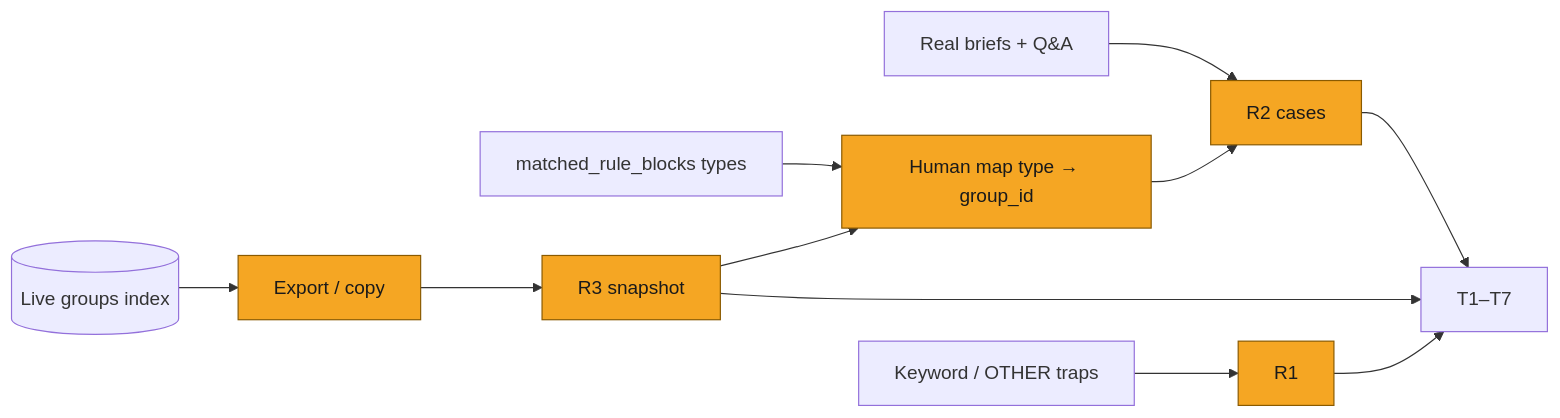
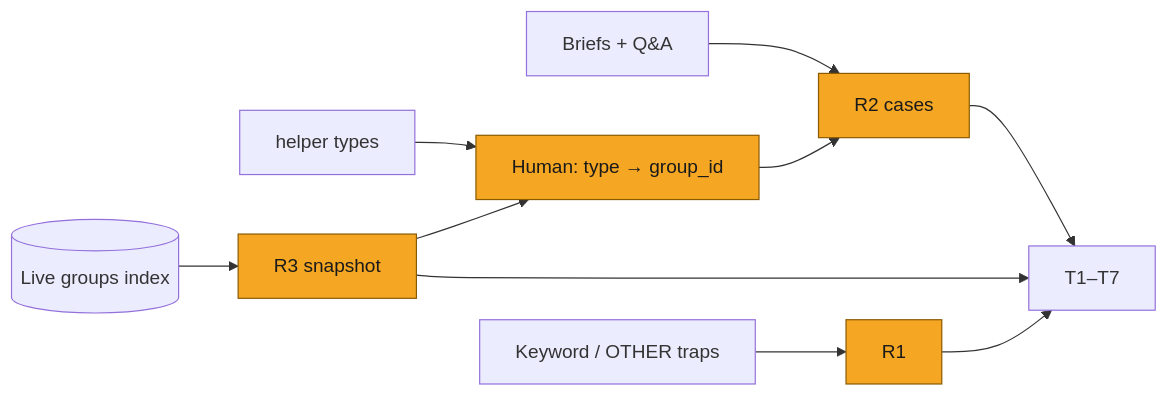
Before and after one commit to Solstice-Health/engineering-specs: the second of 6 diagrams in plans/SOL-3155-claim-retrieval-evals.md, drawn with Mermaid. The commit also changed other lines of this file, not shown here.

````diff
--- a/plans/SOL-3155-claim-retrieval-evals.md
+++ b/plans/SOL-3155-claim-retrieval-evals.md
@@ -270,14 +178,13 @@
 ```mermaid
 flowchart LR
     classDef delta fill:#F5A623,stroke:#8A5A00,color:#1A1A1A
-    Live[("Live groups index")] --> Pin["Export / copy"]:::delta
-    Pin --> R3["R3 snapshot"]:::delta
-    Helper["matched_rule_blocks types"] --> Map["Human map type → group_id"]:::delta
+    Live[("Live groups index")] --> R3["R3 snapshot"]:::delta
+    Helper["helper types"] --> Map["Human: type → group_id"]:::delta
     R3 --> Map
-    Briefs["Real briefs + Q&A"] --> R2["R2 cases"]:::delta
+    Briefs["Briefs + Q&A"] --> R2["R2 cases"]:::delta
     Map --> R2
     Traps["Keyword / OTHER traps"] --> R1["R1"]:::delta
     R2 --> Pack["T1–T7"]
     R3 --> Pack
     R1 --> Pack
 ```
````
